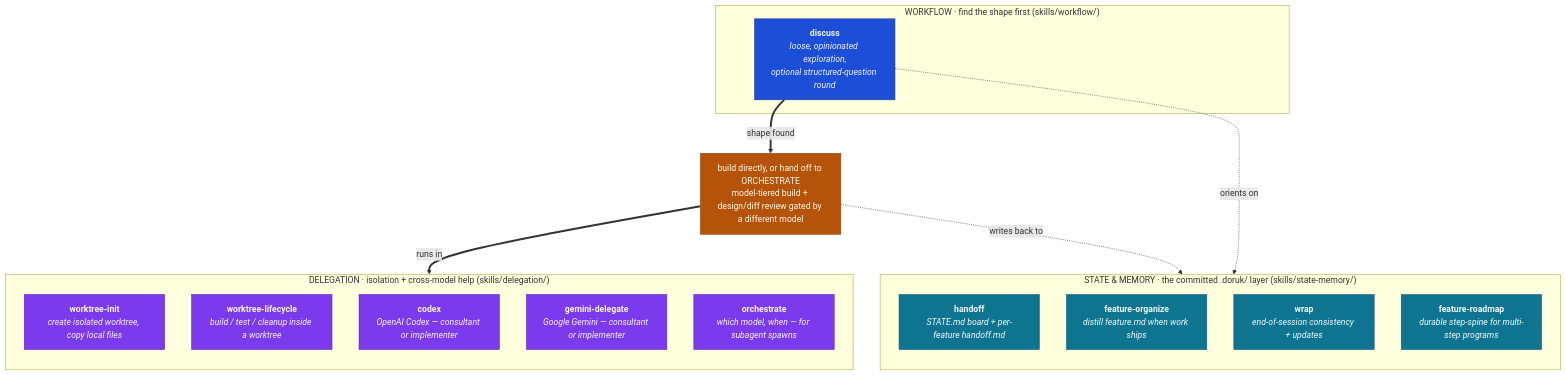
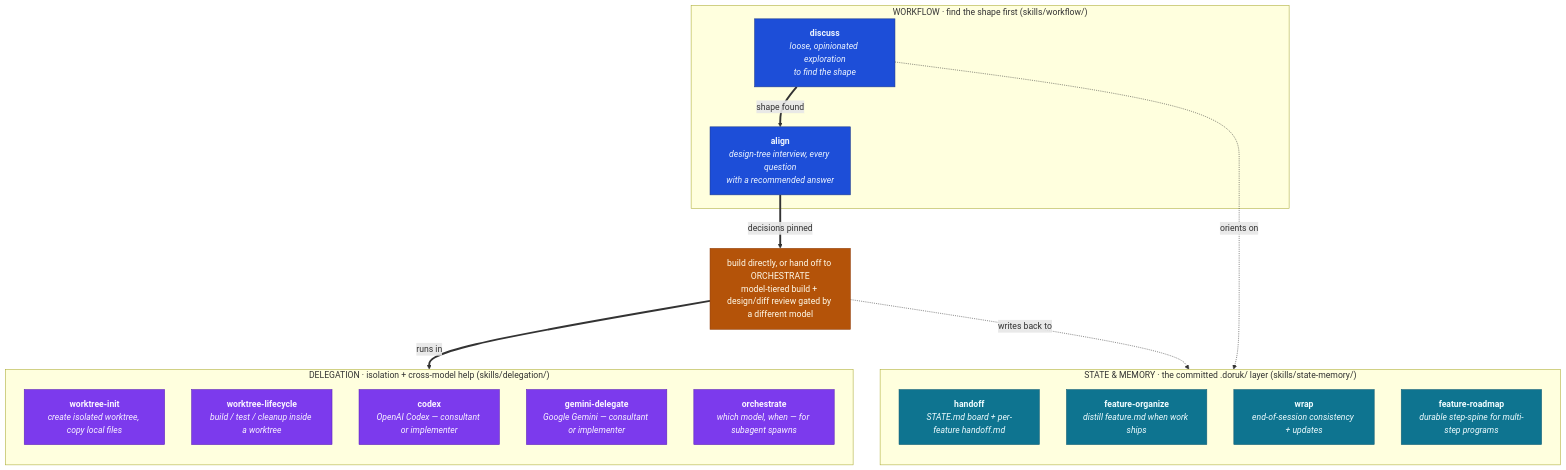
One commit to doruktarhan/doruk-ai-harness changed the first of 2 diagrams in README.md. Above: the diagram before and after it, drawn with Mermaid. The commit also changed other lines of this file and 12 other files, not shown here.

````diff
--- a/README.md
+++ b/README.md
@@ -66,39 +68,41 @@
 ```mermaid
 flowchart TB
     subgraph WF["WORKFLOW · find the shape first (skills/workflow/)"]
-        D["<b>discuss</b><br/><i>loose, opinionated exploration,<br/>optional structured-question round</i>"]
+        D["<b>discuss</b><br/><i>loose, opinionated exploration<br/>to find the shape</i>"]
+        A["<b>align</b><br/><i>design-tree interview, every question<br/>with a recommended answer</i>"]
+        D ==>|"shape found"| A
     end
 
     BUILD["build directly, or hand off to ORCHESTRATE<br/>model-tiered build + design/diff review gated by a different model"]
-    D ==>|"shape found"| BUILD
+    A ==>|"decisions pinned"| BUILD
 
     subgraph SM["STATE &amp; MEMORY · the committed .doruk/ layer (skills/state-memory/)"]
         direction TB
         SM1["<b>handoff</b><br/><i>STATE.md board + per-feature handoff.md</i>"]
         SM2["<b>feature-organize</b><br/><i>distill feature.md when work ships</i>"]
         SM3["<b>wrap</b><br/><i>end-of-session consistency + updates</i>"]
         SM4["<b>feature-roadmap</b><br/><i>durable step-spine for multi-step programs</i>"]
     end
 
     subgraph DG["DELEGATION · isolation + cross-model help (skills/delegation/)"]
         direction TB
         DG1["<b>worktree-init</b><br/><i>create isolated worktree, copy local files</i>"]
         DG2["<b>worktree-lifecycle</b><br/><i>build / test / cleanup inside a worktree</i>"]
         DG3["<b>codex</b><br/><i>OpenAI Codex — consultant or implementer</i>"]
         DG4["<b>gemini-delegate</b><br/><i>Google Gemini — consultant or implementer</i>"]
         DG5["<b>orchestrate</b><br/><i>which model, when — for subagent spawns</i>"]
     end
 
     D -.->|orients on| SM1
     BUILD ==>|runs in| DG
     BUILD -.->|writes back to| SM
 
     classDef wf fill:#1d4ed8,stroke:#1e3a8a,color:#eff6ff;
     classDef hitl fill:#b45309,stroke:#92400e,color:#fffbeb;
     classDef sm fill:#0e7490,stroke:#155e75,color:#f0fdff;
     classDef dg fill:#7c3aed,stroke:#5b21b6,color:#faf5ff;
-    class D wf;
+    class D,A wf;
     class BUILD hitl;
     class SM1,SM2,SM3,SM4 sm;
     class DG1,DG2,DG3,DG4,DG5 dg;
 ```
````
